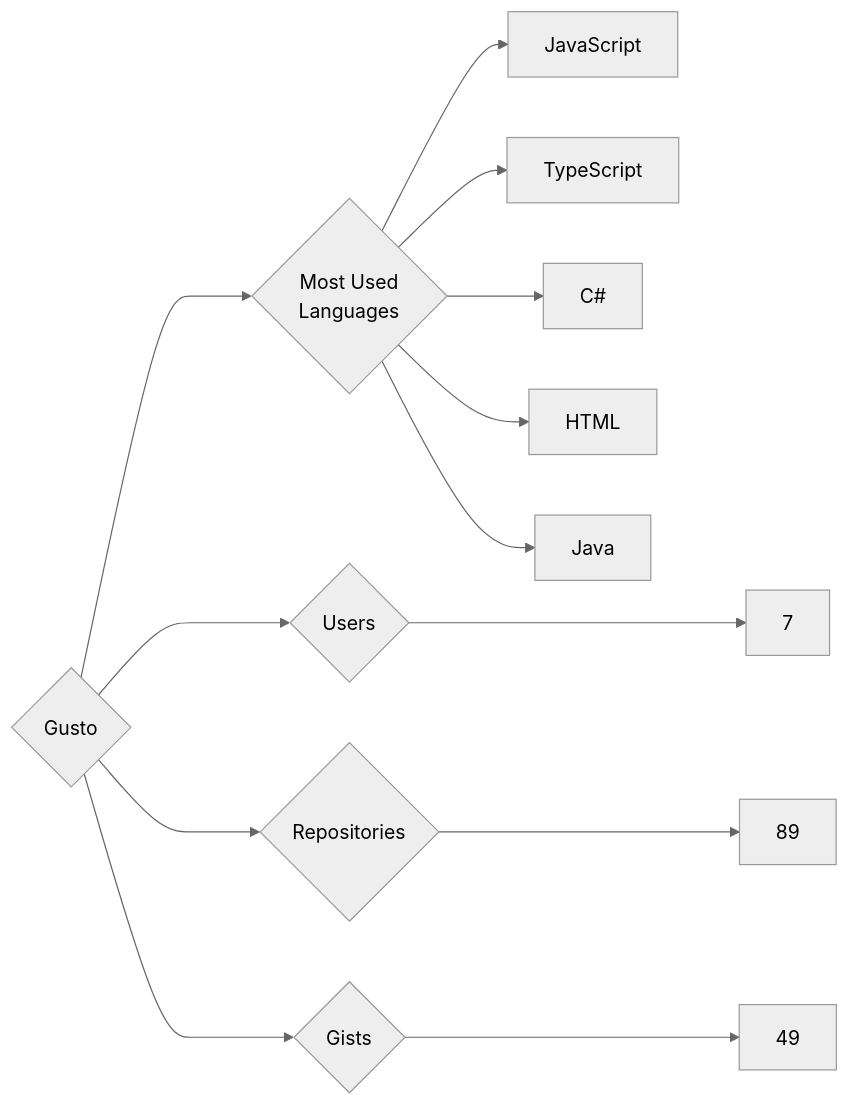
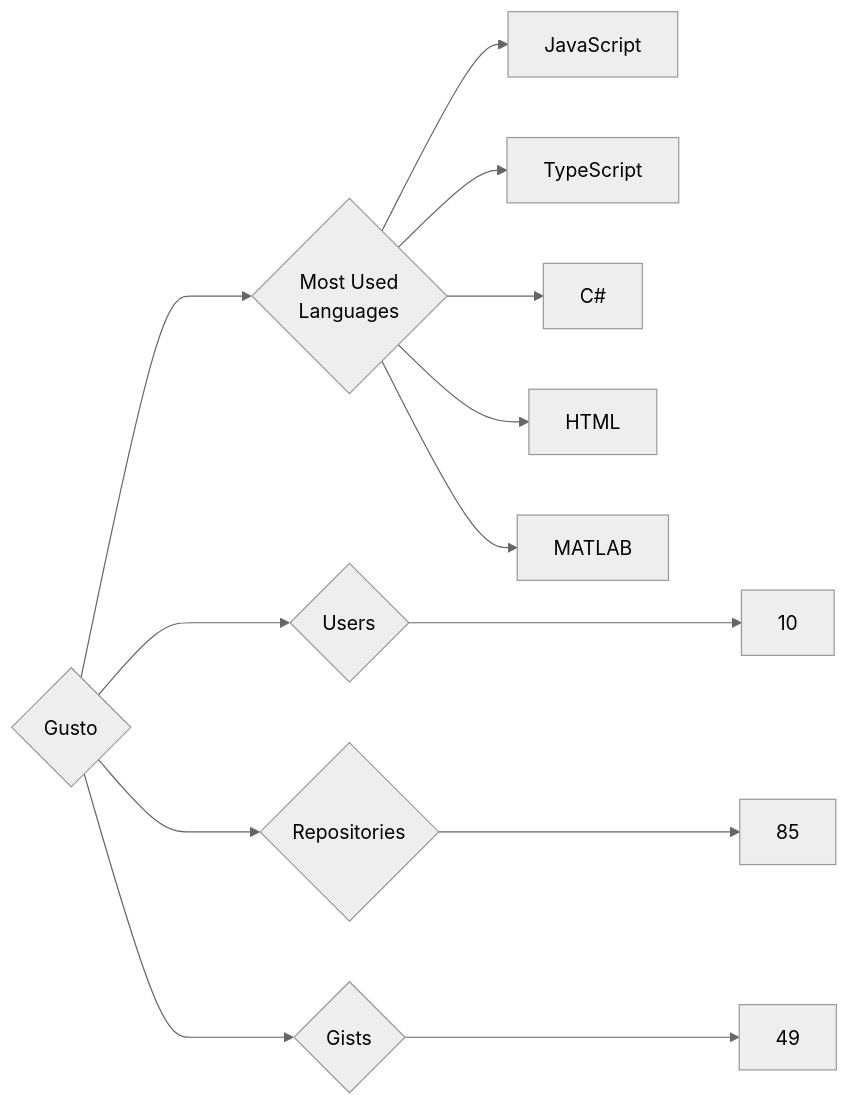
Before and after one commit to trickest/insiders: the diagram in targets/Gusto/README.md, drawn with Mermaid (neutral theme). The commit also changed 736 other files, not shown here.

````diff
--- a/targets/Gusto/README.md
+++ b/targets/Gusto/README.md
@@ -3,13 +3,13 @@
 ```mermaid
 graph LR
 COMPANY_NAME{Gusto}
-COMPANY_NAME ---> U{Users} ---> UN[7]
-COMPANY_NAME ---> R{Repositories} ---> RN[89]
+COMPANY_NAME ---> U{Users} ---> UN[10]
+COMPANY_NAME ---> R{Repositories} ---> RN[85]
 COMPANY_NAME ---> G{Gists} ---> GN[49]
 COMPANY_NAME ---> ML{Most Used<br>Languages}
 ML --> JavaScript[JavaScript]
 ML --> TypeScript[TypeScript]
 ML --> C#[C#]
 ML --> HTML[HTML]
-ML --> Java[Java]
+ML --> MATLAB[MATLAB]
 ```
````
